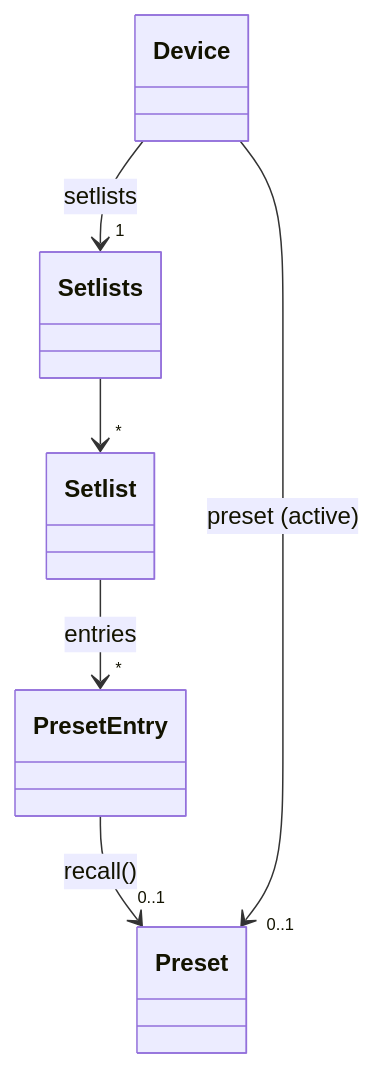
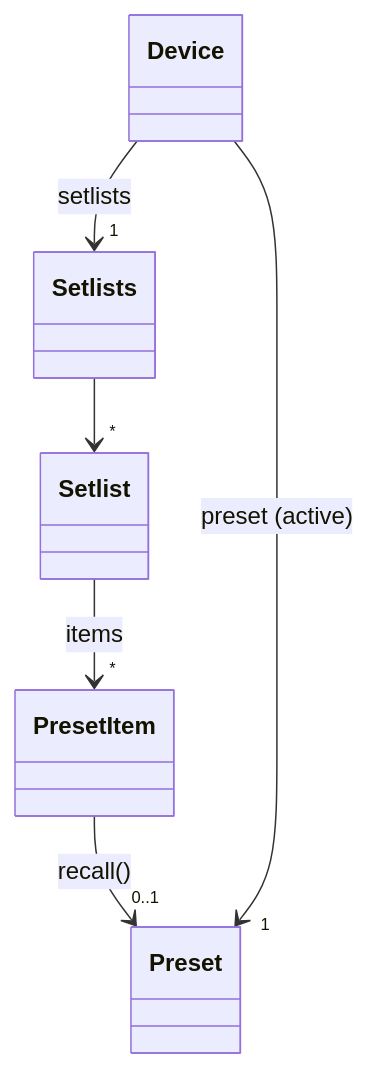
Before and after one commit to stokes-audio/pyquadcortex: the first of 7 diagrams in docs/domain-model.md, drawn with Mermaid. The commit also changed other lines of this file, not shown here.

````diff
--- a/docs/domain-model.md
+++ b/docs/domain-model.md
@@ -64,8 +68,8 @@
 ```mermaid
 classDiagram
     Device --> "1" Setlists : setlists
     Setlists --> "*" Setlist
-    Setlist --> "*" PresetEntry : entries
-    PresetEntry --> "0..1" Preset : recall()
-    Device --> "0..1" Preset : preset (active)
+    Setlist --> "*" PresetItem : items
+    PresetItem --> "0..1" Preset : recall()
+    Device --> "1" Preset : preset (active)
 ```
````
